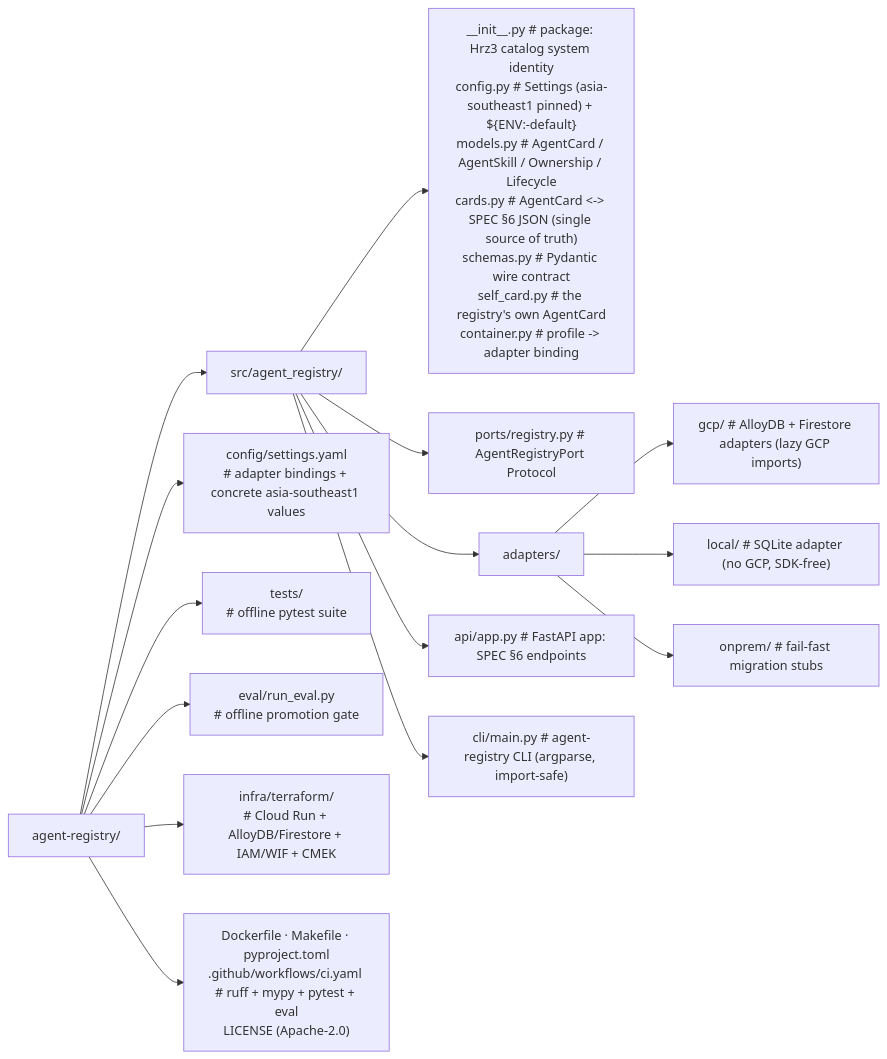
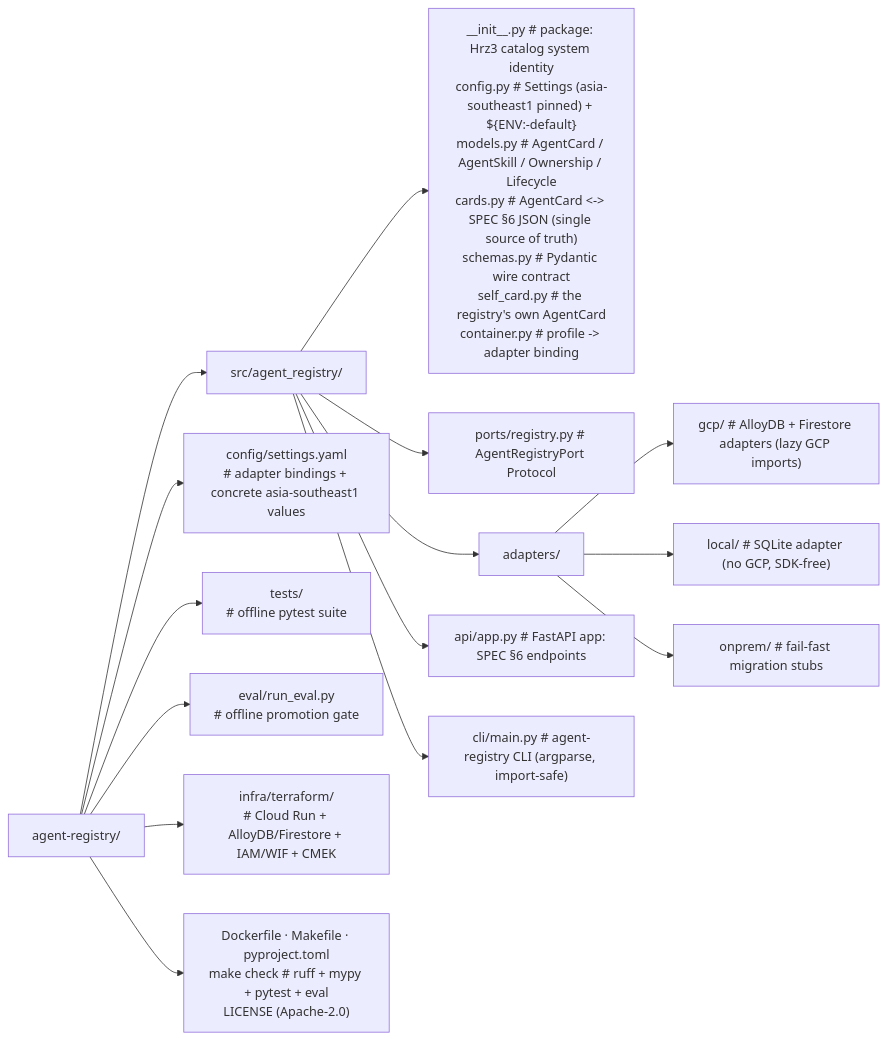
One commit to portable-genai/agent-registry changed the second of 2 diagrams in README.md. Above: the diagram before and after it, drawn with Mermaid. The commit also changed 6 other files, not shown here.

````diff
--- a/README.md
+++ b/README.md
@@ -407,20 +407,20 @@
 ```mermaid
 flowchart LR
   root["agent-registry/"]
   root --> src["src/agent_registry/"]
   root --> cfg["config/settings.yaml<br/># adapter bindings + concrete asia-southeast1 values"]
   root --> tests["tests/<br/># offline pytest suite"]
   root --> evald["eval/run_eval.py<br/># offline promotion gate"]
   root --> infra["infra/terraform/<br/># Cloud Run + AlloyDB/Firestore + IAM/WIF + CMEK"]
-  root --> meta["Dockerfile · Makefile · pyproject.toml<br/>.github/workflows/ci.yaml # ruff + mypy + pytest + eval<br/>LICENSE (Apache-2.0)"]
+  root --> meta["Dockerfile · Makefile · pyproject.toml<br/>make check # ruff + mypy + pytest + eval<br/>LICENSE (Apache-2.0)"]
 
   src --> srcfiles["__init__.py # package: Hrz3 catalog system identity<br/>config.py # Settings (asia-southeast1 pinned) + ${ENV:-default}<br/>models.py # AgentCard / AgentSkill / Ownership / Lifecycle<br/>cards.py # AgentCard &lt;-&gt; SPEC §6 JSON (single source of truth)<br/>schemas.py # Pydantic wire contract<br/>self_card.py # the registry's own AgentCard<br/>container.py # profile -&gt; adapter binding"]
   src --> ports["ports/registry.py # AgentRegistryPort Protocol"]
   src --> adapters["adapters/"]
   src --> apiapp["api/app.py # FastAPI app: SPEC §6 endpoints"]
   src --> clipkg["cli/main.py # agent-registry CLI (argparse, import-safe)"]
 
   adapters --> gcp["gcp/ # AlloyDB + Firestore adapters (lazy GCP imports)"]
   adapters --> local["local/ # SQLite adapter (no GCP, SDK-free)"]
   adapters --> onprem["onprem/ # fail-fast migration stubs"]
 ```
````
